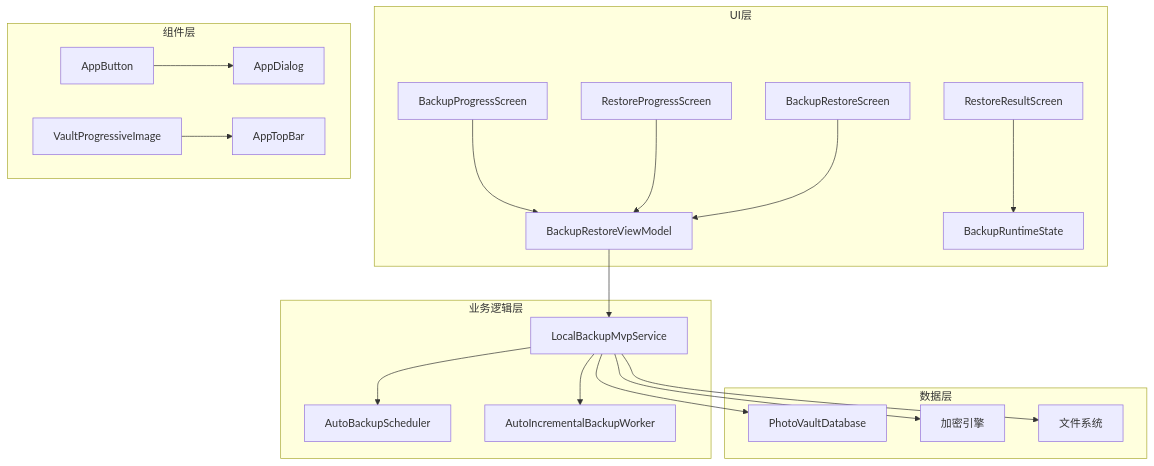
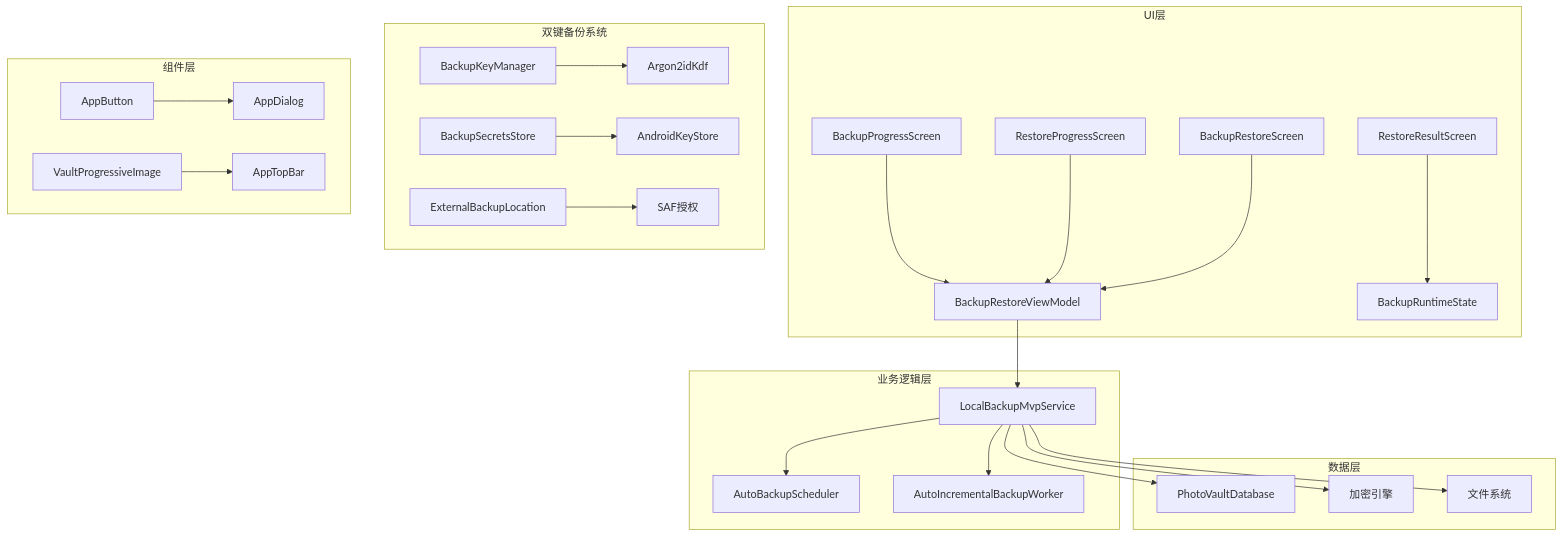
One commit to wanhongbo/ai-photo-vault changed the first of 12 diagrams in .qoder/repowiki/zh/content/UI组件系统/备份进度界面.md. Above: the diagram before and after it, drawn with Mermaid. The commit also changed other lines of this file and 22 other files, not shown here.

````diff
--- a/.qoder/repowiki/zh/content/UI组件系统/备份进度界面.md
+++ b/.qoder/repowiki/zh/content/UI组件系统/备份进度界面.md
@@ -43,23 +58,28 @@
 ```mermaid
 graph TB
 subgraph "UI层"
 A[BackupProgressScreen] --> B[BackupRestoreViewModel]
 C[RestoreProgressScreen] --> B
 D[BackupRestoreScreen] --> B
 E[RestoreResultScreen] --> F[BackupRuntimeState]
 end
 subgraph "业务逻辑层"
 B --> G[LocalBackupMvpService]
 G --> H[AutoBackupScheduler]
 G --> I[AutoIncrementalBackupWorker]
 end
 subgraph "数据层"
 G --> J[PhotoVaultDatabase]
 G --> K[加密引擎]
 G --> L[文件系统]
 end
+subgraph "双键备份系统"
+M[BackupKeyManager] --> N[Argon2idKdf]
+O[BackupSecretsStore] --> P[AndroidKeyStore]
+Q[ExternalBackupLocation] --> R[SAF授权]
+end
 subgraph "组件层"
-M[AppButton] --> N[AppDialog]
-O[VaultProgressiveImage] --> P[AppTopBar]
+S[AppButton] --> T[AppDialog]
+U[VaultProgressiveImage] --> V[AppTopBar]
 end
 ```
````
